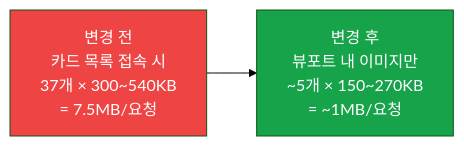
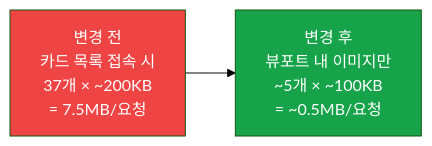
One commit to kimduksoo/duksoo-tech-blog changed the second of 2 diagrams in content/finops/cloudfront-cost-frontend-optimization.md. Above: the diagram before and after it, drawn with Mermaid (forest theme). The commit also changed other lines of this file, not shown here.

Commit message:
fix(finops): 수치 불일치 수정 (Mermaid 다이어그램, 비용 테이블)

````diff
--- a/content/finops/cloudfront-cost-frontend-optimization.md
+++ b/content/finops/cloudfront-cost-frontend-optimization.md
@@ -156,7 +156,7 @@
 ```mermaid
 flowchart LR
-    Before["변경 전<br/>카드 목록 접속 시<br/>37개 × 300~540KB<br/>= 7.5MB/요청"] --> After["변경 후<br/>뷰포트 내 이미지만<br/>~5개 × 150~270KB<br/>= ~1MB/요청"]
+    Before["변경 전<br/>카드 목록 접속 시<br/>37개 × ~200KB<br/>= 7.5MB/요청"] --> After["변경 후<br/>뷰포트 내 이미지만<br/>~5개 × ~100KB<br/>= ~0.5MB/요청"]
 
     style Before fill:#ef4444,color:#fff
     style After fill:#16a34a,color:#fff
 ```
````
